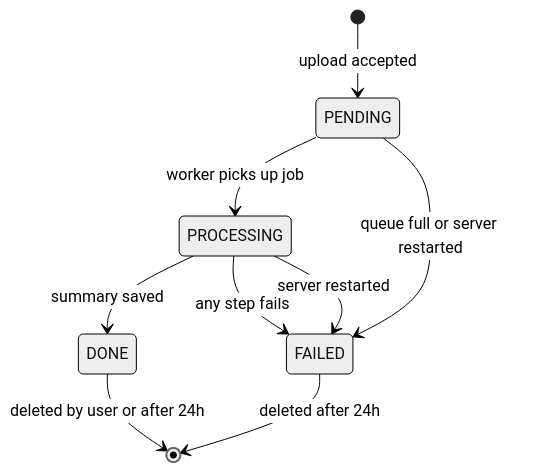
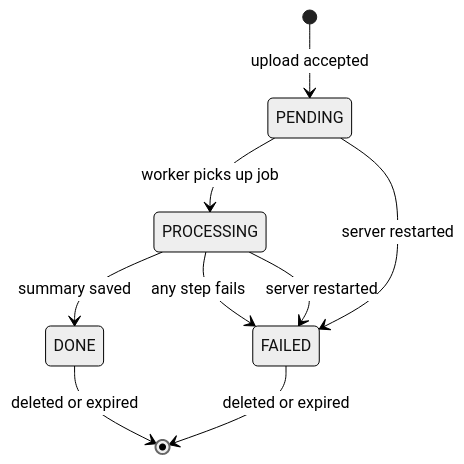
One commit to SaqibCod/medi-scan changed diagram 11 of 20 in docs/medi-scan-dataflow.md. Above: the diagram before and after it, drawn with Mermaid (neutral theme). The commit also changed other lines of this file and 4 other files, not shown here.

````diff
--- a/docs/medi-scan-dataflow.md
+++ b/docs/medi-scan-dataflow.md
@@ -153,11 +428,11 @@
 ```mermaid
 stateDiagram-v2
     [*] --> PENDING: upload accepted
     PENDING --> PROCESSING: worker picks up job
     PROCESSING --> DONE: summary saved
     PROCESSING --> FAILED: any step fails
-    PENDING --> FAILED: queue full or server restarted
+    PENDING --> FAILED: server restarted
     PROCESSING --> FAILED: server restarted
-    DONE --> [*]: deleted by user or after 24h
-    FAILED --> [*]: deleted after 24h
+    DONE --> [*]: deleted or expired
+    FAILED --> [*]: deleted or expired
 ```
````
